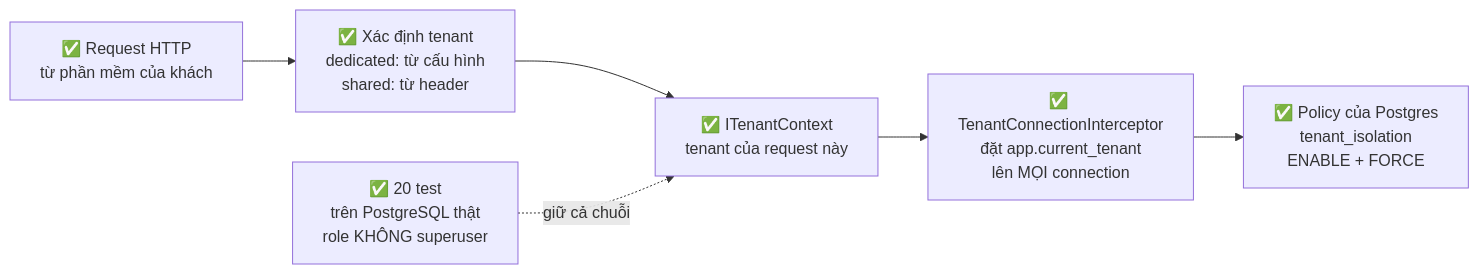
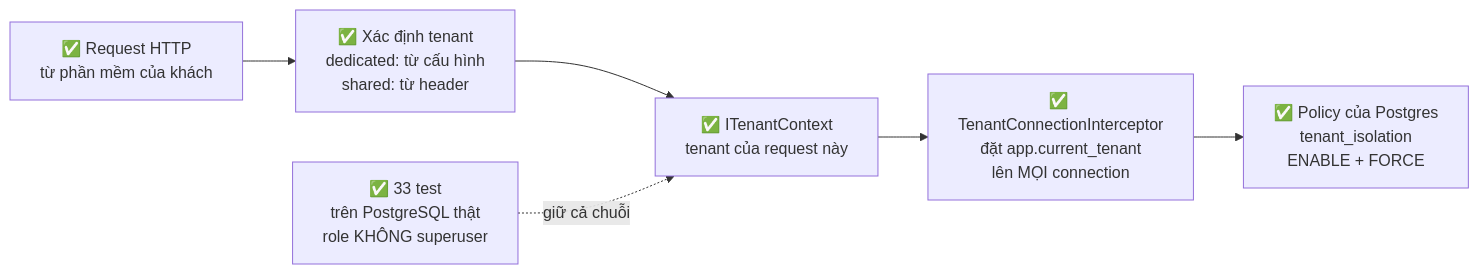
The fourth of 4 diagrams in README.md (pvanh2706/ai-operational-platform), drawn with Mermaid before and after one commit. The commit also changed other lines of this file and 12 other files, not shown here.

````diff
--- a/README.md
+++ b/README.md
@@ -267,11 +316,11 @@
 ```mermaid
 flowchart LR
     R["✅ Request HTTP<br/>từ phần mềm của khách"]
     M["✅ Xác định tenant<br/>dedicated: từ cấu hình<br/>shared: từ header"]
     A["✅ ITenantContext<br/>tenant của request này"]
     B["✅ TenantConnectionInterceptor<br/>đặt app.current_tenant<br/>lên MỌI connection"]
     C["✅ Policy của Postgres<br/>tenant_isolation<br/>ENABLE + FORCE"]
-    D["✅ 20 test<br/>trên PostgreSQL thật<br/>role KHÔNG superuser"]
+    D["✅ 33 test<br/>trên PostgreSQL thật<br/>role KHÔNG superuser"]
     R --> M --> A --> B --> C
     D -.->|giữ cả chuỗi| A
 ```
````
